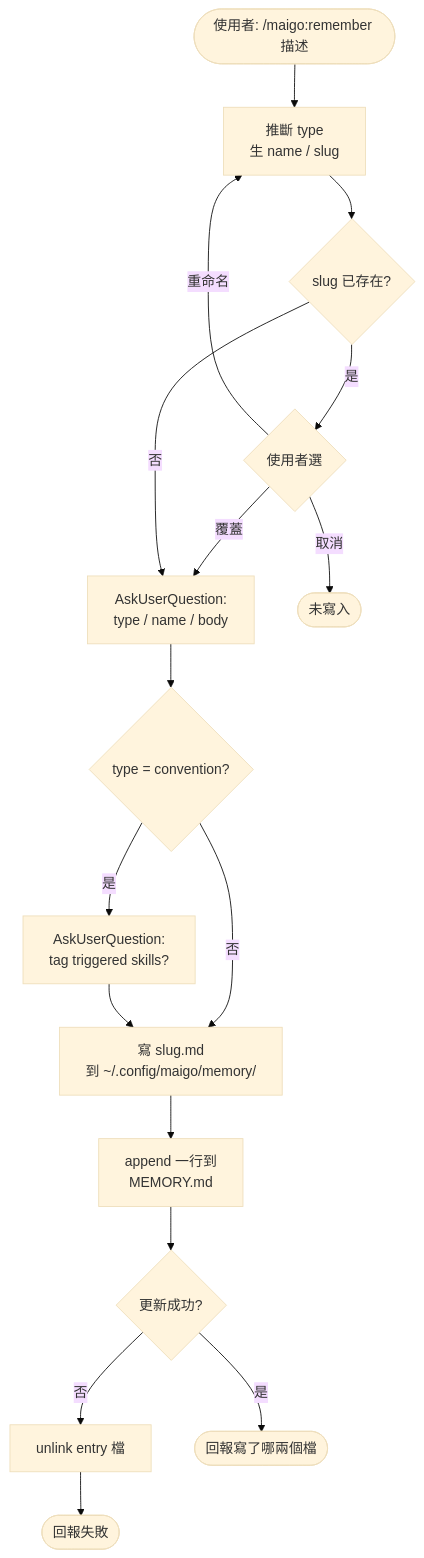
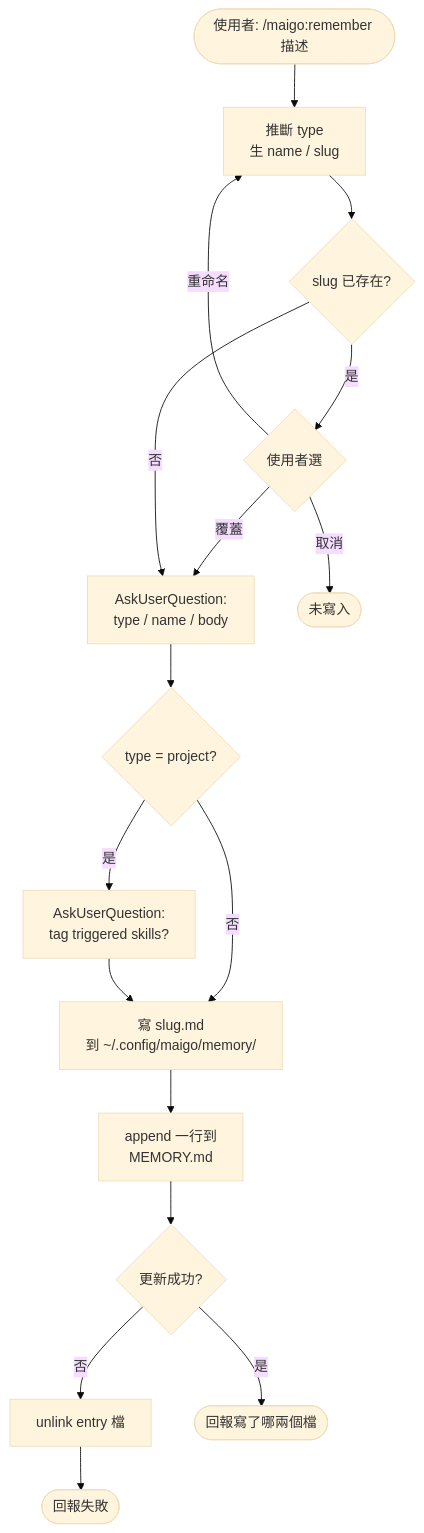
The diagram in docs/commands/remember.md (Lee-W/maigo), drawn with Mermaid (base theme) before and after one commit. The commit also changed 6 other files, not shown here.

First line of the commit message:
feat(memory): rename convention type to project; add allowed-tools and Mortis settlement

````diff
--- a/docs/commands/remember.md
+++ b/docs/commands/remember.md
@@ -1,19 +1,19 @@
 ```mermaid
 flowchart TD
     Start([使用者: /maigo:remember 描述]) --> Infer[推斷 type<br/>生 name / slug]
     Infer --> Collision{slug 已存在?}
     Collision -- 是 --> Resolve{使用者選}
     Resolve -- 覆蓋 --> Ask3
     Resolve -- 重命名 --> Infer
     Resolve -- 取消 --> Cancel([未寫入])
     Collision -- 否 --> Ask3[AskUserQuestion:<br/>type / name / body]
-    Ask3 --> TypeCheck{type = convention?}
+    Ask3 --> TypeCheck{type = project?}
     TypeCheck -- 是 --> Ask4[AskUserQuestion:<br/>tag triggered skills?]
     TypeCheck -- 否 --> Write
     Ask4 --> Write[寫 slug.md<br/>到 ~/.config/maigo/memory/]
     Write --> Index[append 一行到<br/>MEMORY.md]
     Index --> IndexOK{更新成功?}
     IndexOK -- 否 --> Rollback[unlink entry 檔]
     Rollback --> Fail([回報失敗])
     IndexOK -- 是 --> Done([回報寫了哪兩個檔])
 ```
````
